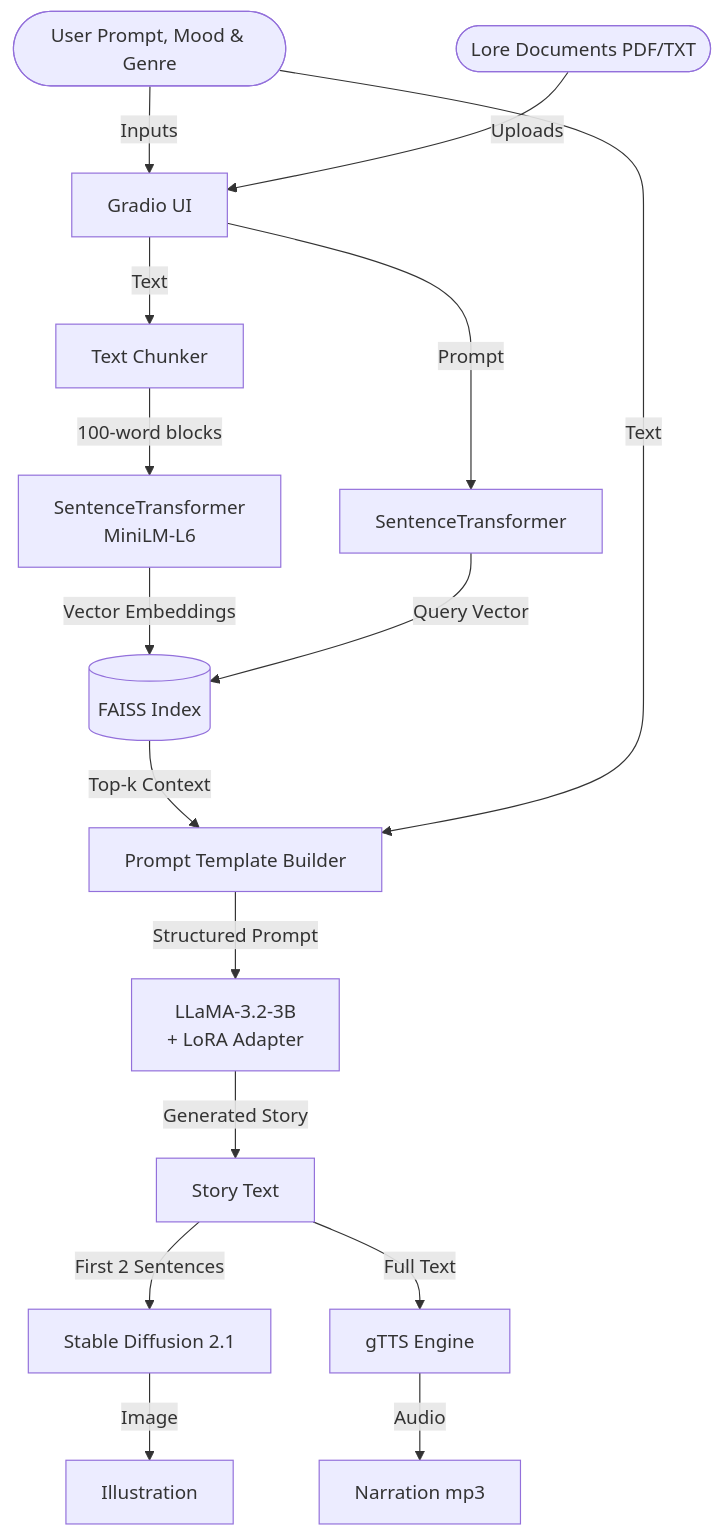
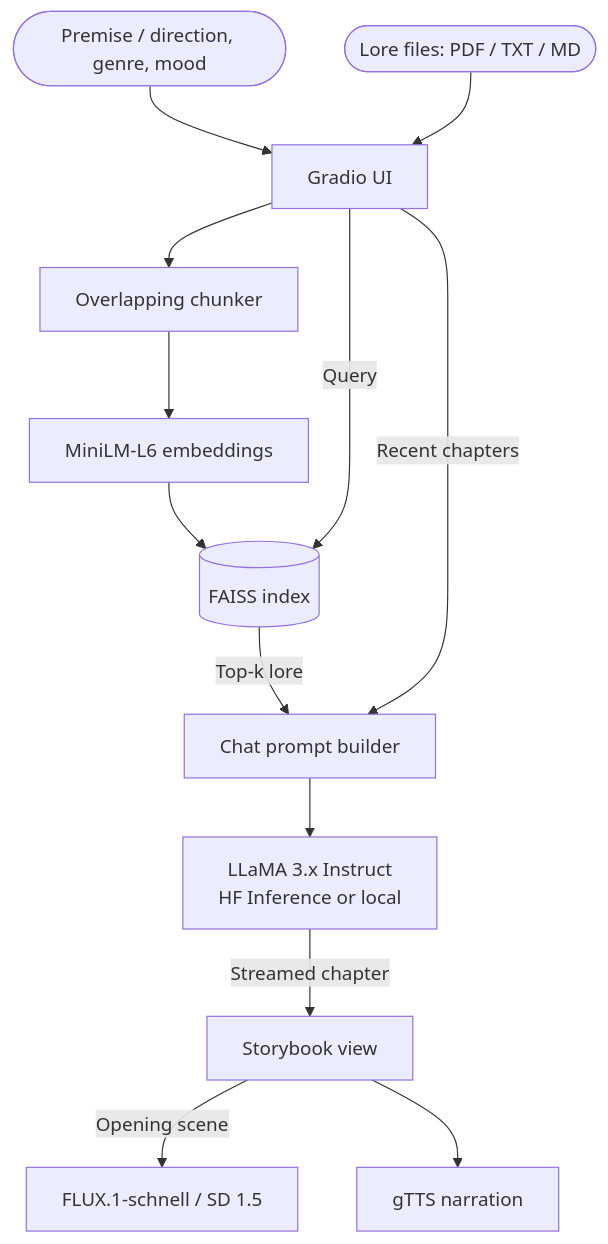
One commit to RohanBabbar/mood-story-rag changed the diagram in README.md. Above: the diagram before and after it, drawn with Mermaid. The commit also changed other lines of this file, not shown here.

````diff
--- a/README.md
+++ b/README.md
@@ -40,24 +53,18 @@
 ```mermaid
 graph TD
-    User([User Prompt, Mood & Genre]) --> |Inputs| UI[Gradio UI]
-    Doc([Lore Documents PDF/TXT]) --> |Uploads| UI
-    
-    UI --> |Text| Chunk[Text Chunker]
-    Chunk --> |100-word blocks| Embed[SentenceTransformer <br> MiniLM-L6]
-    Embed --> |Vector Embeddings| FAISS[(FAISS Index)]
-    
-    UI --> |Prompt| Embed2[SentenceTransformer]
-    Embed2 --> |Query Vector| FAISS
-    FAISS --> |Top-k Context| PromptBuilder[Prompt Template Builder]
-    
-    User --> |Text| PromptBuilder
-    
-    PromptBuilder --> |Structured Prompt| LLaMA[LLaMA-3.2-3B <br> + LoRA Adapter]
-    LLaMA --> |Generated Story| Output[Story Text]
-    
-    Output --> |First 2 Sentences| SD[Stable Diffusion 2.1]
-    SD --> |Image| OutputImage[Illustration]
-    
-    Output --> |Full Text| TTS[gTTS Engine]
-    TTS --> |Audio| OutputAudio[Narration mp3]
+    User([Premise / direction, genre, mood]) --> UI[Gradio UI]
+    Doc([Lore files: PDF / TXT / MD]) --> UI
+
+    UI --> Chunk[Overlapping chunker]
+    Chunk --> Embed[MiniLM-L6 embeddings]
+    Embed --> FAISS[(FAISS index)]
+
+    UI --> |Query| FAISS
+    FAISS --> |Top-k lore| Prompt[Chat prompt builder]
+    UI --> |Recent chapters| Prompt
+
+    Prompt --> LLM[LLaMA 3.x Instruct<br>HF Inference or local]
+    LLM --> |Streamed chapter| Story[Storybook view]
+    Story --> |Opening scene| Img[FLUX.1-schnell / SD 1.5]
+    Story --> TTS[gTTS narration]
 ```
````
